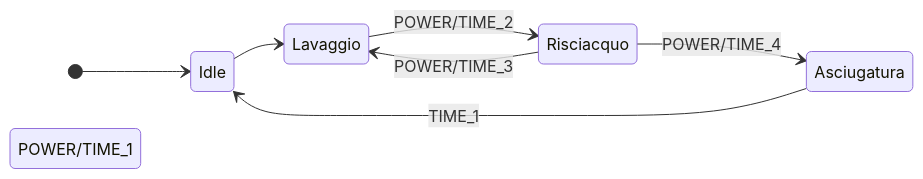
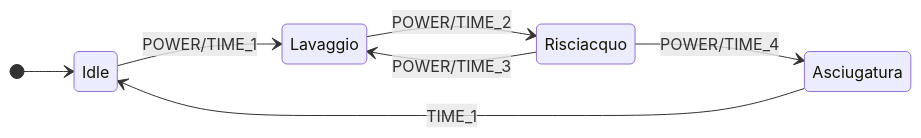
Before and after one commit to jumping2000/ha-templates: the diagram in blueprints/fsm/README.md, drawn with Mermaid.

````diff
--- a/blueprints/fsm/README.md
+++ b/blueprints/fsm/README.md
@@ -29,10 +29,10 @@
 ```mermaid
 stateDiagram-v2
   direction LR
   [*] --> Idle
-  Idle --> Lavaggio POWER/TIME_1
+  Idle --> Lavaggio: POWER/TIME_1
   Lavaggio --> Risciacquo: POWER/TIME_2
   Risciacquo --> Lavaggio: POWER/TIME_3
   Risciacquo --> Asciugatura: POWER/TIME_4
   Asciugatura --> Idle: TIME_1
 ```
````
